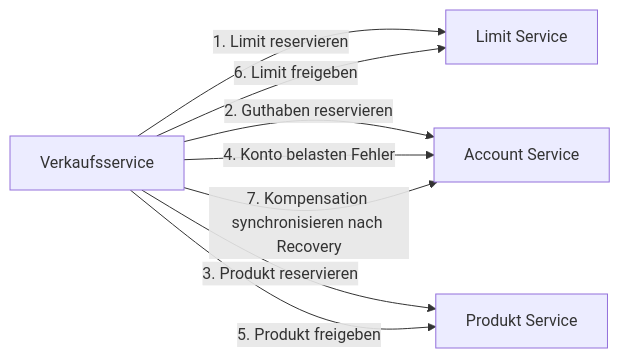
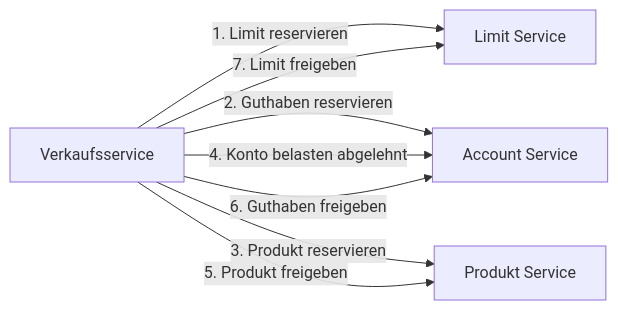
Before and after one commit to Adrian-Hansen-dev/second-hand-ticket-app: the fifth of 30 diagrams in project-2/abgabe_projekt_2.md, drawn with Mermaid. The commit also changed other lines of this file, not shown here.

````diff
--- a/project-2/abgabe_projekt_2.md
+++ b/project-2/abgabe_projekt_2.md
@@ -261,15 +263,15 @@
 ```mermaid
 flowchart LR
     VS[Verkaufsservice]
     LS[Limit Service]
     AS[Account Service]
     PS[Produkt Service]
 
     VS -->|1. Limit reservieren| LS
     VS -->|2. Guthaben reservieren| AS
     VS -->|3. Produkt reservieren| PS
-    VS -->|4. Konto belasten Fehler| AS
+    VS -->|4. Konto belasten abgelehnt| AS
     VS -->|5. Produkt freigeben| PS
-    VS -->|6. Limit freigeben| LS
-    VS -->|7. Kompensation synchronisieren nach Recovery| AS
+    VS -->|6. Guthaben freigeben| AS
+    VS -->|7. Limit freigeben| LS
 ```
````
